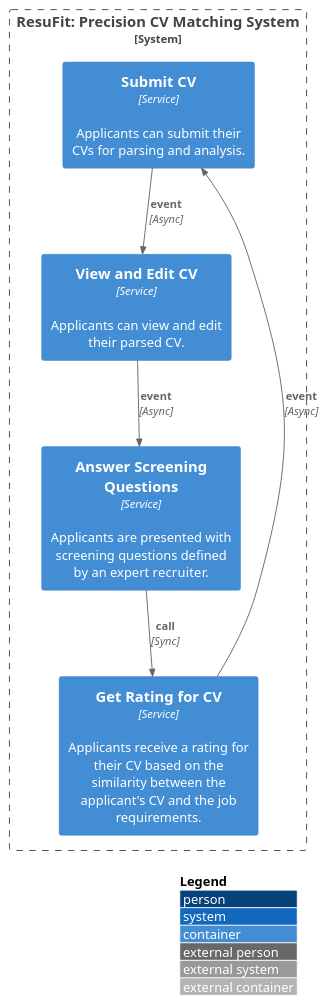
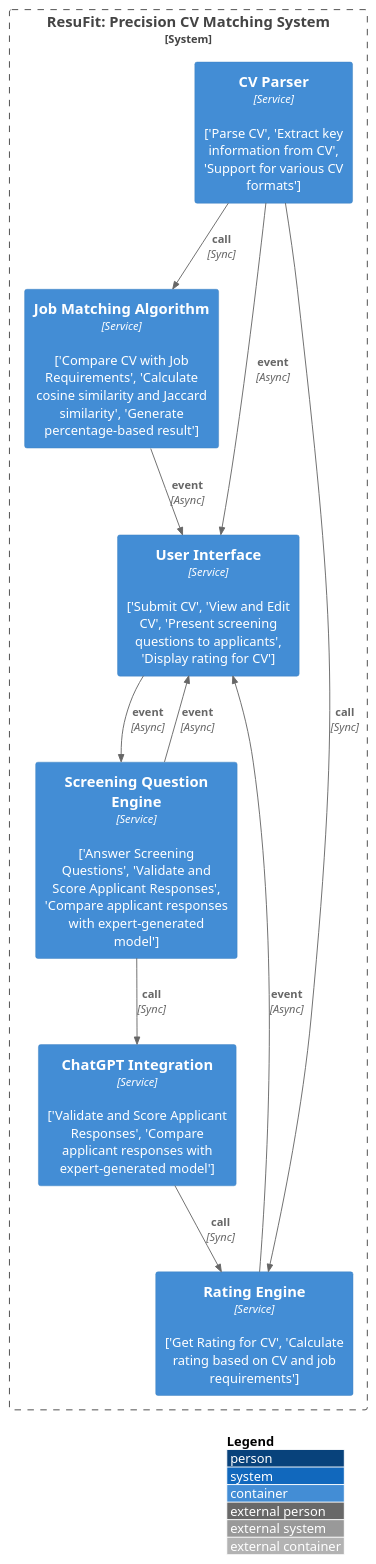
The diagram in data/outputs/architecture_c4.puml (hanaAbdelwahab/GPARCHIMIND), drawn with PlantUML before and after one commit. The commit also changed 21 other files, not shown here.

```diff
--- a/data/outputs/architecture_c4.puml
+++ b/data/outputs/architecture_c4.puml
@@ -1,14 +1,21 @@
 @startuml
 !include https://raw.githubusercontent.com/plantuml-stdlib/C4-PlantUML/master/C4_Container.puml
 LAYOUT_WITH_LEGEND()
 System_Boundary(ResuFitPrecisionCVMatchingSystem, "ResuFit: Precision CV Matching System") {
-  Container(SubmitCV, "Submit CV", "Service", "Applicants can submit their CVs for parsing and analysis.")
-  Container(ViewandEditCV, "View and Edit CV", "Service", "Applicants can view and edit their parsed CV.")
-  Container(AnswerScreeningQuestions, "Answer Screening Questions", "Service", "Applicants are presented with screening questions defined by an expert recruiter.")
-  Container(GetRatingforCV, "Get Rating for CV", "Service", "Applicants receive a rating for their CV based on the similarity between the applicant's CV and the job requirements.")
+  Container(CVParser, "CV Parser", "Service", "['Parse CV', 'Extract key information from CV', 'Support for various CV formats']")
+  Container(ScreeningQuestionEngine, "Screening Question Engine", "Service", "['Answer Screening Questions', 'Validate and Score Applicant Responses', 'Compare applicant responses with expert-generated model']")
+  Container(JobMatchingAlgorithm, "Job Matching Algorithm", "Service", "['Compare CV with Job Requirements', 'Calculate cosine similarity and Jaccard similarity', 'Generate percentage-based result']")
+  Container(UserInterface, "User Interface", "Service", "['Submit CV', 'View and Edit CV', 'Present screening questions to applicants', 'Display rating for CV']")
+  Container(RatingEngine, "Rating Engine", "Service", "['Get Rating for CV', 'Calculate rating based on CV and job requirements']")
+  Container(ChatGPTIntegration, "ChatGPT Integration", "Service", "['Validate and Score Applicant Responses', 'Compare applicant responses with expert-generated model']")
 }
-Rel(SubmitCV, ViewandEditCV, "event", "Async")
-Rel(ViewandEditCV, AnswerScreeningQuestions, "event", "Async")
-Rel(AnswerScreeningQuestions, GetRatingforCV, "call", "Sync")
-Rel(GetRatingforCV, SubmitCV, "event", "Async")
+Rel(CVParser, JobMatchingAlgorithm, "call", "Sync")
+Rel(CVParser, RatingEngine, "call", "Sync")
+Rel(CVParser, UserInterface, "event", "Async")
+Rel(ScreeningQuestionEngine, UserInterface, "event", "Async")
+Rel(JobMatchingAlgorithm, UserInterface, "event", "Async")
+Rel(RatingEngine, UserInterface, "event", "Async")
+Rel(UserInterface, ScreeningQuestionEngine, "event", "Async")
+Rel(ScreeningQuestionEngine, ChatGPTIntegration, "call", "Sync")
+Rel(ChatGPTIntegration, RatingEngine, "call", "Sync")
 @enduml
```
